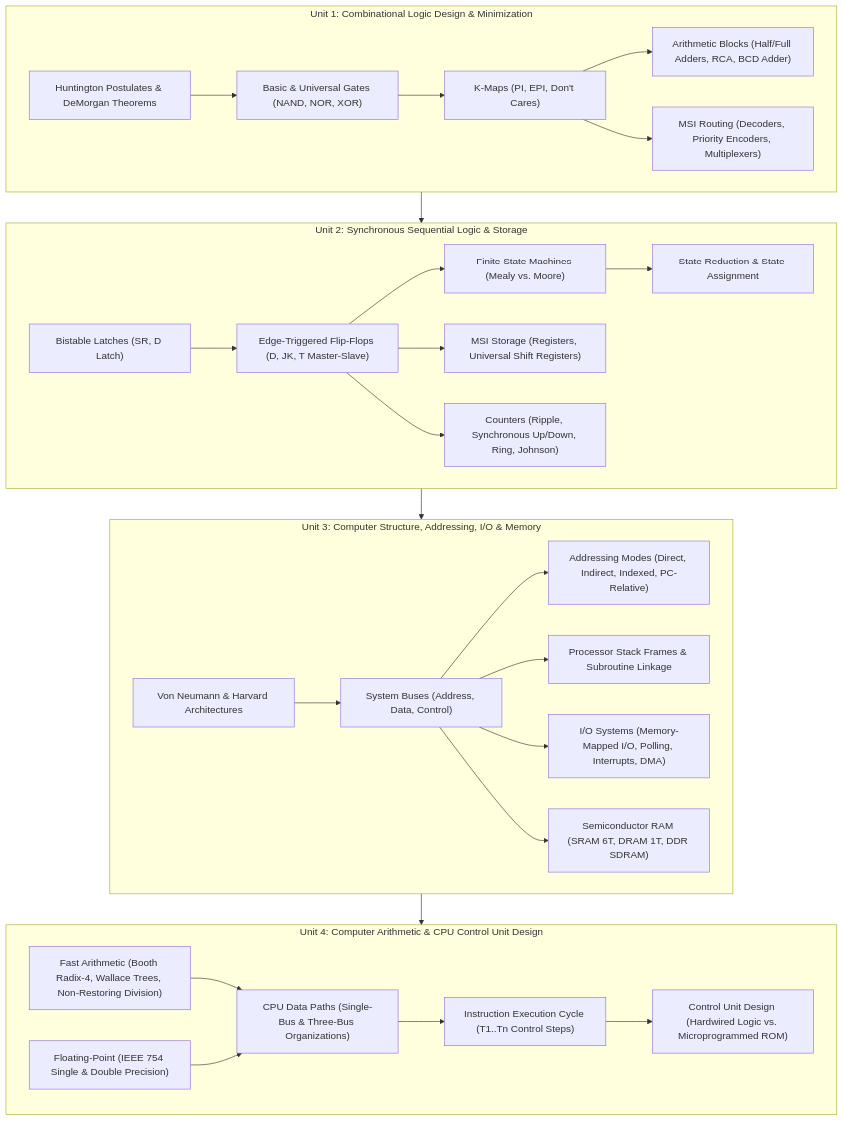
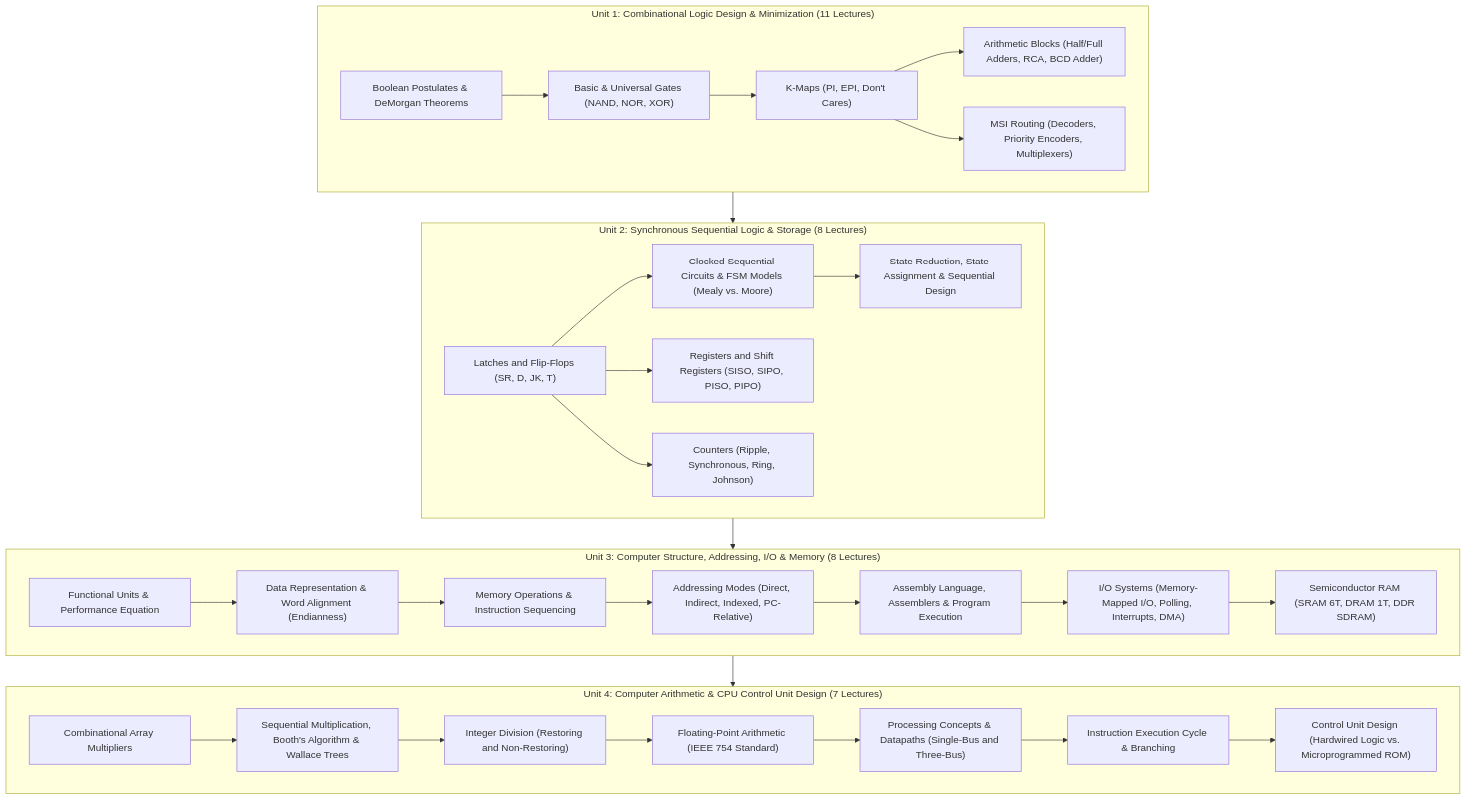
The diagram in DLCD/INDEX.md (YatishGowda09/Sem-3-CSE-Notes), drawn with Mermaid before and after one commit. The commit also changed other lines of this file and 46 other files, not shown here.

````diff
--- a/DLCD/INDEX.md
+++ b/DLCD/INDEX.md
@@ -18,43 +18,45 @@
 ```mermaid
 flowchart TD
-    subgraph U1["Unit 1: Combinational Logic Design & Minimization"]
+    subgraph U1["Unit 1: Combinational Logic Design & Minimization (11 Lectures)"]
         GATES["Basic & Universal Gates (NAND, NOR, XOR)"]
-        BOOL["Huntington Postulates & DeMorgan Theorems"]
+        BOOL["Boolean Postulates & DeMorgan Theorems"]
         KMAP["K-Maps (PI, EPI, Don't Cares)"]
         ARITH1["Arithmetic Blocks (Half/Full Adders, RCA, BCD Adder)"]
         MSI1["MSI Routing (Decoders, Priority Encoders, Multiplexers)"]
         BOOL --> GATES --> KMAP --> ARITH1 & MSI1
     end
 
-    subgraph U2["Unit 2: Synchronous Sequential Logic & Storage"]
-        LATCH["Bistable Latches (SR, D Latch)"]
-        FF["Edge-Triggered Flip-Flops (D, JK, T Master-Slave)"]
-        FSM["Finite State Machines (Mealy vs. Moore)"]
-        REDUCE["State Reduction & State Assignment"]
-        REG["MSI Storage (Registers, Universal Shift Registers)"]
-        COUNT["Counters (Ripple, Synchronous Up/Down, Ring, Johnson)"]
-        LATCH --> FF --> FSM --> REDUCE
-        FF --> REG & COUNT
+    subgraph U2["Unit 2: Synchronous Sequential Logic & Storage (8 Lectures)"]
+        LATCH["Latches and Flip-Flops (SR, D, JK, T)"]
+        FSM["Clocked Sequential Circuits & FSM Models (Mealy vs. Moore)"]
+        REDUCE["State Reduction, State Assignment & Sequential Design"]
+        REG["Registers and Shift Registers (SISO, SIPO, PISO, PIPO)"]
+        COUNT["Counters (Ripple, Synchronous, Ring, Johnson)"]
+        LATCH --> FSM --> REDUCE
+        LATCH --> REG & COUNT
     end
 
-    subgraph U3["Unit 3: Computer Structure, Addressing, I/O & Memory"]
-        VON["Von Neumann & Harvard Architectures"]
-        BUS["System Buses (Address, Data, Control)"]
+    subgraph U3["Unit 3: Computer Structure, Addressing, I/O & Memory (8 Lectures)"]
+        VON["Functional Units & Performance Equation"]
+        DATA["Data Representation & Word Alignment (Endianness)"]
+        SEQ["Memory Operations & Instruction Sequencing"]
         ADDR["Addressing Modes (Direct, Indirect, Indexed, PC-Relative)"]
-        STACK["Processor Stack Frames & Subroutine Linkage"]
+        ASM["Assembly Language, Assemblers & Program Execution"]
         IO["I/O Systems (Memory-Mapped I/O, Polling, Interrupts, DMA)"]
         RAM["Semiconductor RAM (SRAM 6T, DRAM 1T, DDR SDRAM)"]
-        VON --> BUS --> ADDR & STACK & IO & RAM
+        VON --> DATA --> SEQ --> ADDR --> ASM --> IO --> RAM
     end
 
-    subgraph U4["Unit 4: Computer Arithmetic & CPU Control Unit Design"]
-        FAST_ARITH["Fast Arithmetic (Booth Radix-4, Wallace Trees, Non-Restoring Division)"]
-        FP["Floating-Point (IEEE 754 Single & Double Precision)"]
-        DATAPATH["CPU Data Paths (Single-Bus & Three-Bus Organizations)"]
-        EXEC["Instruction Execution Cycle (T1..Tn Control Steps)"]
+    subgraph U4["Unit 4: Computer Arithmetic & CPU Control Unit Design (7 Lectures)"]
+        ARRAY["Combinational Array Multipliers"]
+        FAST_ARITH["Sequential Multiplication, Booth's Algorithm & Wallace Trees"]
+        DIV["Integer Division (Restoring and Non-Restoring)"]
+        FP["Floating-Point Arithmetic (IEEE 754 Standard)"]
+        DATAPATH["Processing Concepts & Datapaths (Single-Bus and Three-Bus)"]
+        EXEC["Instruction Execution Cycle & Branching"]
         CTRL["Control Unit Design (Hardwired Logic vs. Microprogrammed ROM)"]
-        FAST_ARITH & FP --> DATAPATH --> EXEC --> CTRL
+        ARRAY --> FAST_ARITH --> DIV --> FP --> DATAPATH --> EXEC --> CTRL
     end
 
     U1 --> U2 --> U3 --> U4
 ```
````
